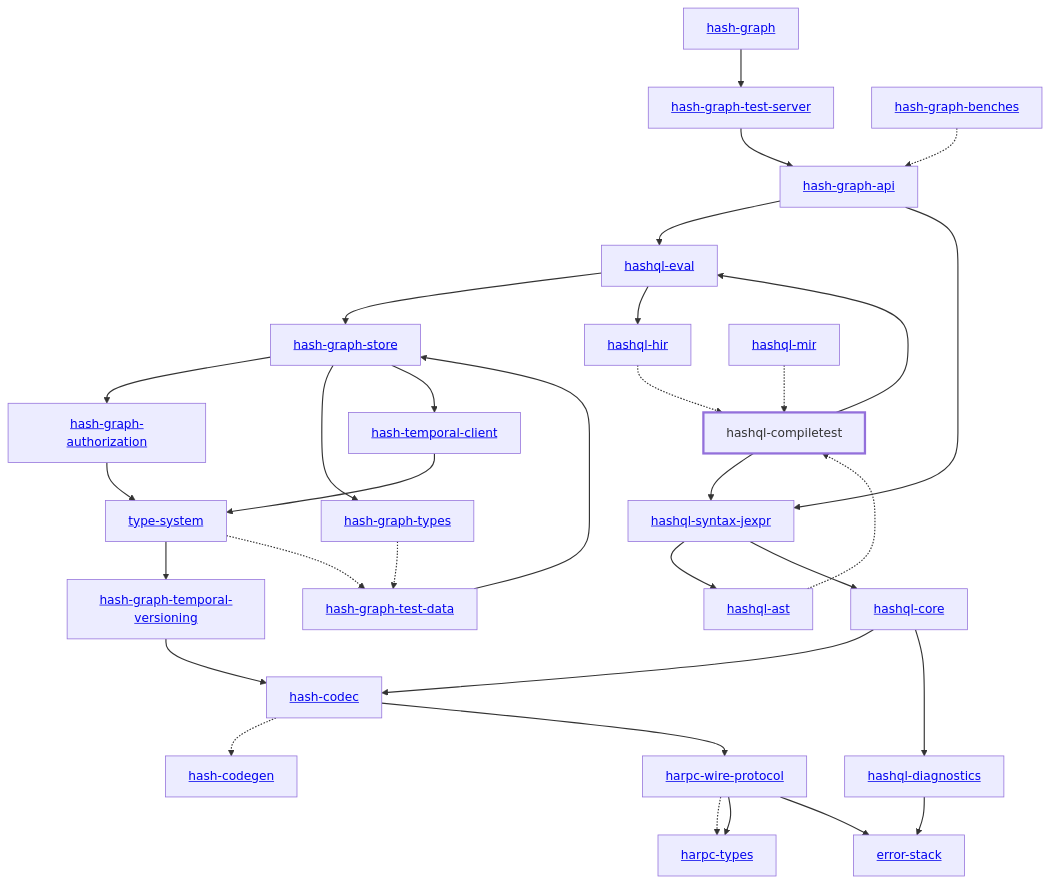
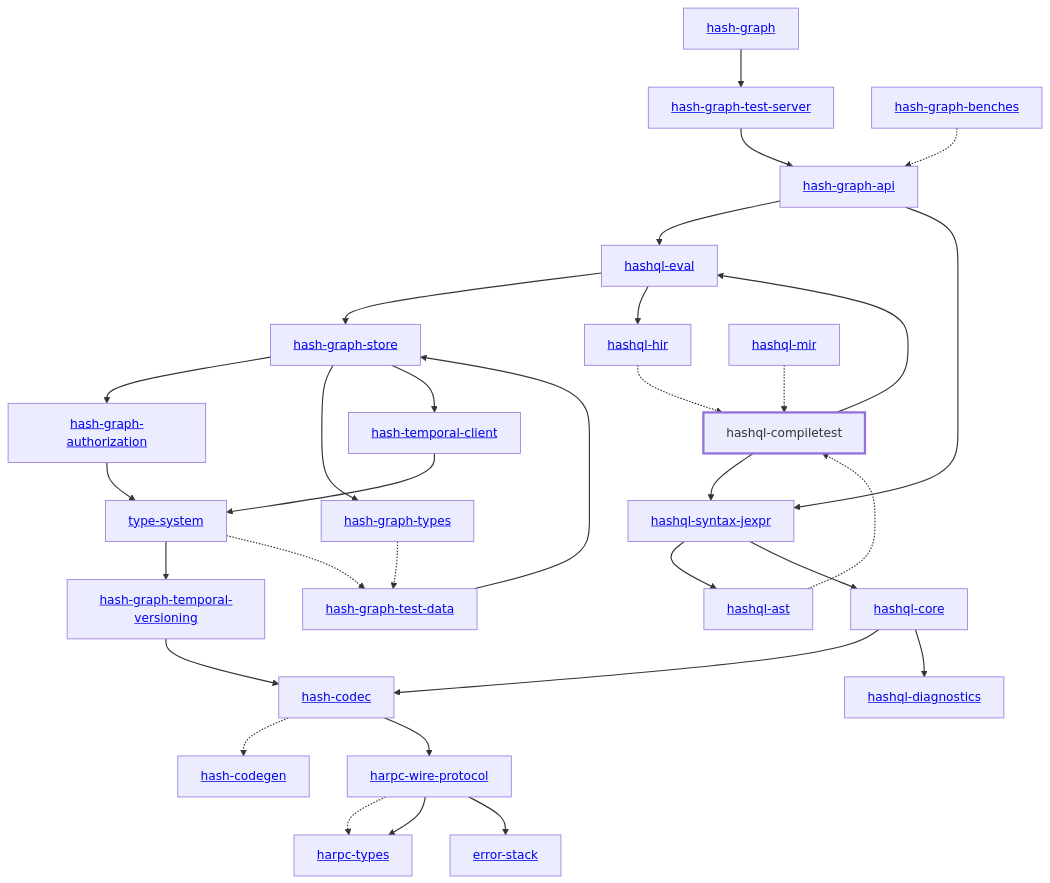
The diagram in libs/@local/hashql/compiletest/docs/dependency-diagram.mmd (hashintel/hash), drawn with Mermaid before and after one commit. The commit also changed 280 other files, not shown here.

```diff
--- a/libs/@local/hashql/compiletest/docs/dependency-diagram.mmd
+++ b/libs/@local/hashql/compiletest/docs/dependency-diagram.mmd
@@ -1,67 +1,66 @@
 graph TD
     linkStyle default stroke-width:1.5px
     classDef default stroke-width:1px
     classDef root stroke-width:3px
     classDef dev stroke-width:1px
     classDef build stroke-width:1px
     %% Legend
     %% --> : Normal dependency
     %% -.-> : Dev dependency
     %% ---> : Build dependency
     0[<a href="../hash_graph/index.html">hash-graph</a>]
     1[<a href="../type_system/index.html">type-system</a>]
     2[<a href="../hash_codec/index.html">hash-codec</a>]
     3[<a href="../hash_codegen/index.html">hash-codegen</a>]
     4[<a href="../hash_graph_api/index.html">hash-graph-api</a>]
     5[<a href="../hash_graph_authorization/index.html">hash-graph-authorization</a>]
     6[<a href="../hash_graph_store/index.html">hash-graph-store</a>]
     7[<a href="../hash_graph_temporal_versioning/index.html">hash-graph-temporal-versioning</a>]
     8[<a href="../hash_graph_test_server/index.html">hash-graph-test-server</a>]
     9[<a href="../hash_graph_types/index.html">hash-graph-types</a>]
     10[<a href="../harpc_types/index.html">harpc-types</a>]
     11[<a href="../harpc_wire_protocol/index.html">harpc-wire-protocol</a>]
     12[<a href="../hashql_ast/index.html">hashql-ast</a>]
     13[hashql-compiletest]
     class 13 root
     14[<a href="../hashql_core/index.html">hashql-core</a>]
     15[<a href="../hashql_diagnostics/index.html">hashql-diagnostics</a>]
     16[<a href="../hashql_eval/index.html">hashql-eval</a>]
     17[<a href="../hashql_hir/index.html">hashql-hir</a>]
     18[<a href="../hashql_mir/index.html">hashql-mir</a>]
     19[<a href="../hashql_syntax_jexpr/index.html">hashql-syntax-jexpr</a>]
     20[<a href="../hash_temporal_client/index.html">hash-temporal-client</a>]
     21[<a href="../error_stack/index.html">error-stack</a>]
     22[<a href="../hash_graph_benches/index.html">hash-graph-benches</a>]
     23[<a href="../hash_graph_test_data/index.html">hash-graph-test-data</a>]
     0 --> 8
     1 --> 7
     1 -.-> 23
     2 -.-> 3
     2 --> 11
     4 --> 16
     4 --> 19
     5 --> 1
     6 --> 5
     6 --> 9
     6 --> 20
     7 --> 2
     8 --> 4
     9 -.-> 23
     11 -.-> 10
     11 --> 10
     11 --> 21
     12 -.-> 13
     13 --> 16
     13 --> 19
     14 --> 2
     14 --> 15
-    15 --> 21
     16 --> 6
     16 --> 17
     17 -.-> 13
     18 -.-> 13
     19 --> 12
     19 --> 14
     20 --> 1
     22 -.-> 4
     23 --> 6
```
